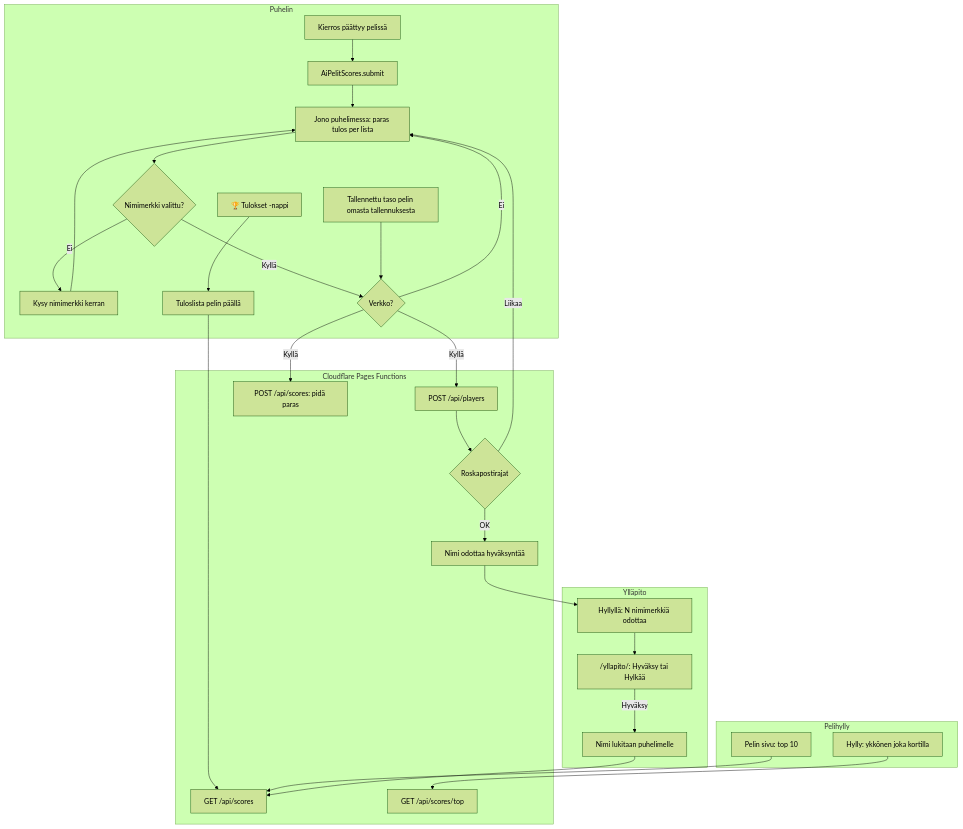
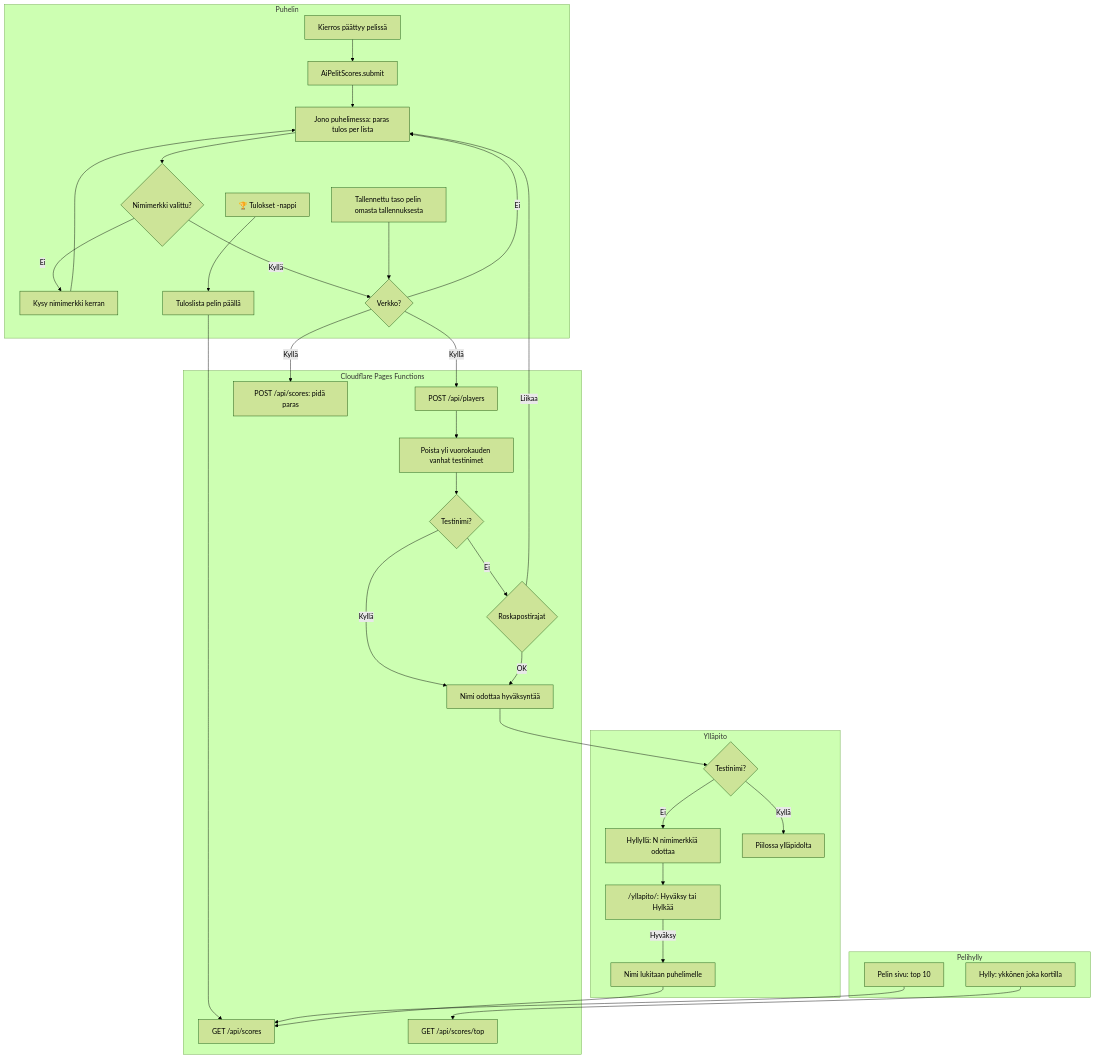
Before and after one commit to eerovil/ai-pelit: the diagram in docs/diagrams/tuloslistat.md, drawn with Mermaid (forest theme). The commit also changed other lines of this file and 3 other files, not shown here.

````diff
--- a/docs/diagrams/tuloslistat.md
+++ b/docs/diagrams/tuloslistat.md
@@ -9,38 +9,44 @@
 ```mermaid
 flowchart TD
   subgraph Puhelin
     A[Kierros päättyy pelissä] --> B[AiPelitScores.submit]
     B --> C[Jono puhelimessa: paras tulos per lista]
     C --> D{Nimimerkki valittu?}
     D -- Ei --> E[Kysy nimimerkki kerran]
     E --> C
     D -- Kyllä --> F{Verkko?}
     F -- Ei --> C
     T[🏆 Tulokset -nappi] --> L[Tuloslista pelin päällä]
     P[Tallennettu taso pelin omasta tallennuksesta] --> F
   end
   subgraph Cloudflare Pages Functions
     F -- Kyllä --> G[POST /api/players]
-    G --> H{Roskapostirajat}
+    G --> X[Poista yli vuorokauden vanhat testinimet]
+    X --> TN{Testinimi?}
+    TN -- Kyllä --> I
+    TN -- Ei --> H{Roskapostirajat}
     H -- Liikaa --> C
     H -- OK --> I[Nimi odottaa hyväksyntää]
     F -- Kyllä --> J[POST /api/scores: pidä paras]
     L --> K[GET /api/scores]
     K2[GET /api/scores/top]
   end
   subgraph Pelihylly
     S1[Hylly: ykkönen joka kortilla] --> K2
     S2[Pelin sivu: top 10] --> K
   end
   subgraph Ylläpito
-    I --> M[Hyllyllä: N nimimerkkiä odottaa]
+    I --> Q{Testinimi?}
+    Q -- Ei --> M[Hyllyllä: N nimimerkkiä odottaa]
+    Q -- Kyllä --> R[Piilossa ylläpidolta]
     M --> N["/yllapito/: Hyväksy tai Hylkää"]
     N -- Hyväksy --> O[Nimi lukitaan puhelimelle]
     O --> K
   end
   class A,B,E,T,L,S1,S2 blue
-  class D,F,H amber
+  class D,F,H,TN,Q amber
   class C,G,J,K,K2,P teal
-  class I,M,N violet
+  class I,M,N,R violet
+  class X rose
   class O green
 ```
````
